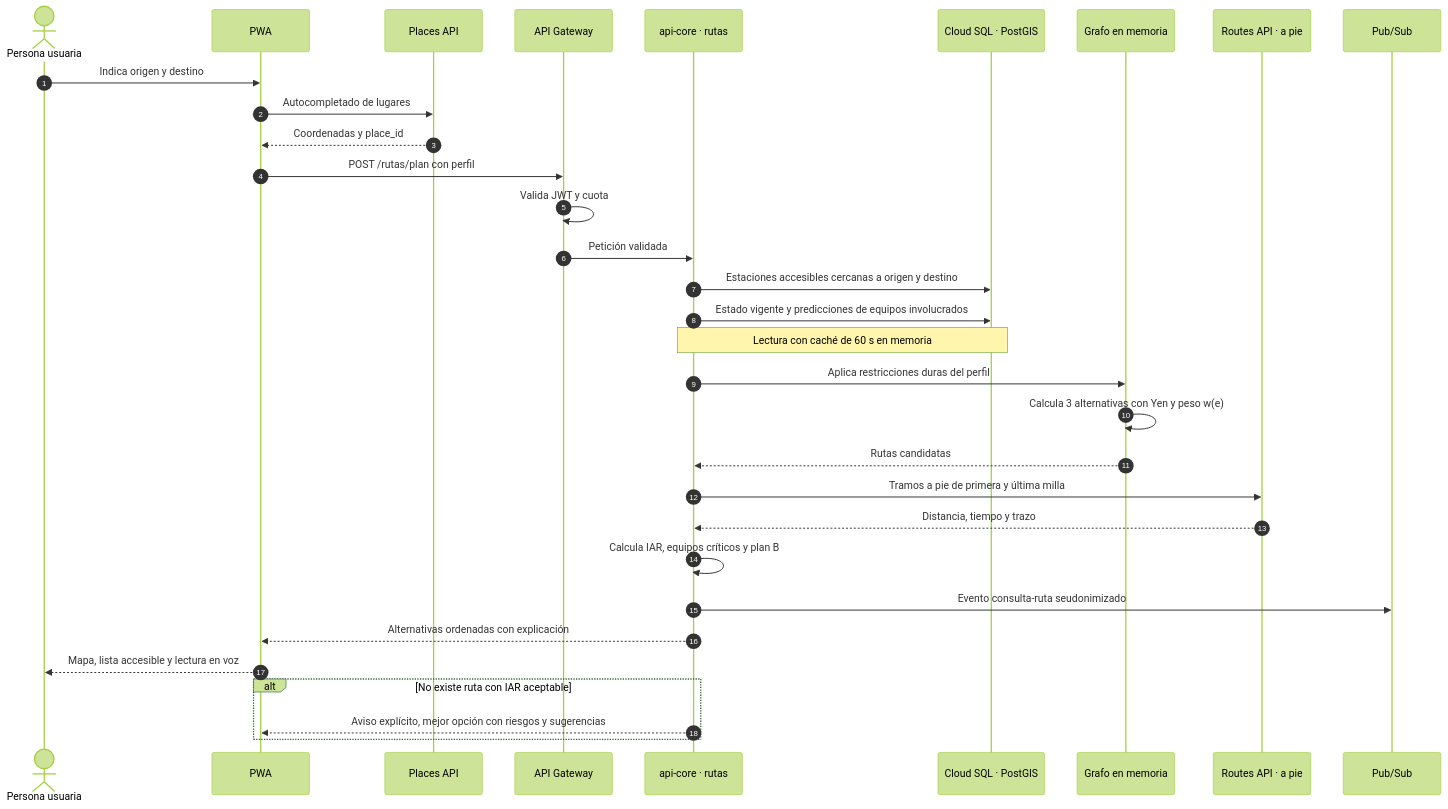
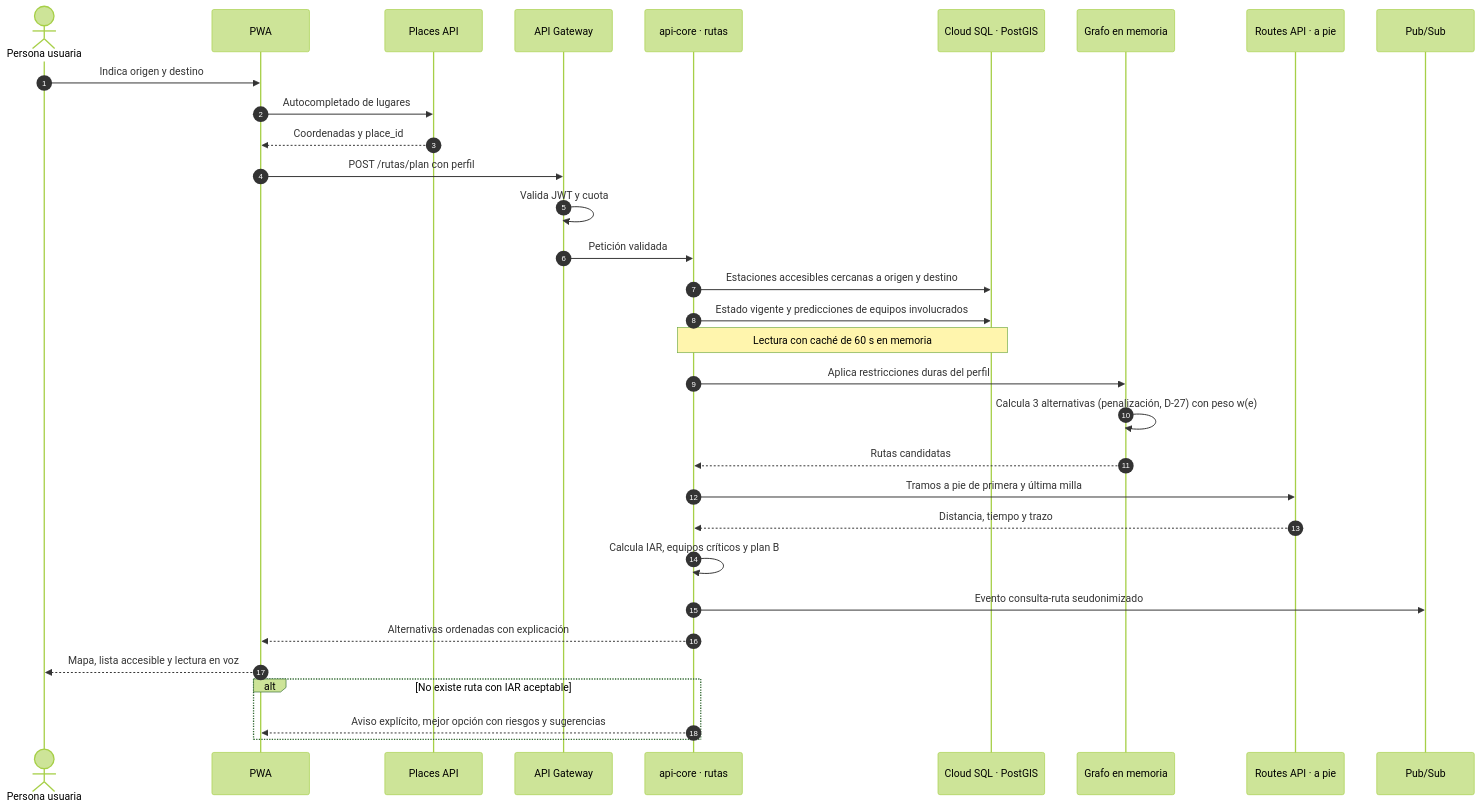
Before and after one commit to Abraham-Buenrostro-Cruces/M-IA: the first of 4 diagrams in docs/arquitectura/06-flujos.md, drawn with Mermaid (forest theme). The commit also changed other lines of this file and 21 other files, not shown here.

First line of the commit message:
feat(F4B-4, F4B-6): estados sintéticos de la red y alternativas por penalización (D-27)

````diff
--- a/docs/arquitectura/06-flujos.md
+++ b/docs/arquitectura/06-flujos.md
@@ -11,35 +11,35 @@
 ```mermaid
 sequenceDiagram
   autonumber
   actor U as Persona usuaria
   participant PWA as PWA
   participant PL as Places API
   participant GW as API Gateway
   participant API as api-core · rutas
   participant DB as Cloud SQL · PostGIS
   participant MOT as Grafo en memoria
   participant RT as Routes API · a pie
   participant PS as Pub/Sub
 
   U->>PWA: Indica origen y destino
   PWA->>PL: Autocompletado de lugares
   PL-->>PWA: Coordenadas y place_id
   PWA->>GW: POST /rutas/plan con perfil
   GW->>GW: Valida JWT y cuota
   GW->>API: Petición validada
   API->>DB: Estaciones accesibles cercanas a origen y destino
   API->>DB: Estado vigente y predicciones de equipos involucrados
   Note over API,DB: Lectura con caché de 60 s en memoria
   API->>MOT: Aplica restricciones duras del perfil
-  MOT->>MOT: Calcula 3 alternativas con Yen y peso w(e)
+  MOT->>MOT: Calcula 3 alternativas (penalización, D-27) con peso w(e)
   MOT-->>API: Rutas candidatas
   API->>RT: Tramos a pie de primera y última milla
   RT-->>API: Distancia, tiempo y trazo
   API->>API: Calcula IAR, equipos críticos y plan B
   API->>PS: Evento consulta-ruta seudonimizado
   API-->>PWA: Alternativas ordenadas con explicación
   PWA-->>U: Mapa, lista accesible y lectura en voz
   alt No existe ruta con IAR aceptable
     API-->>PWA: Aviso explícito, mejor opción con riesgos y sugerencias
   end
 ```
````
